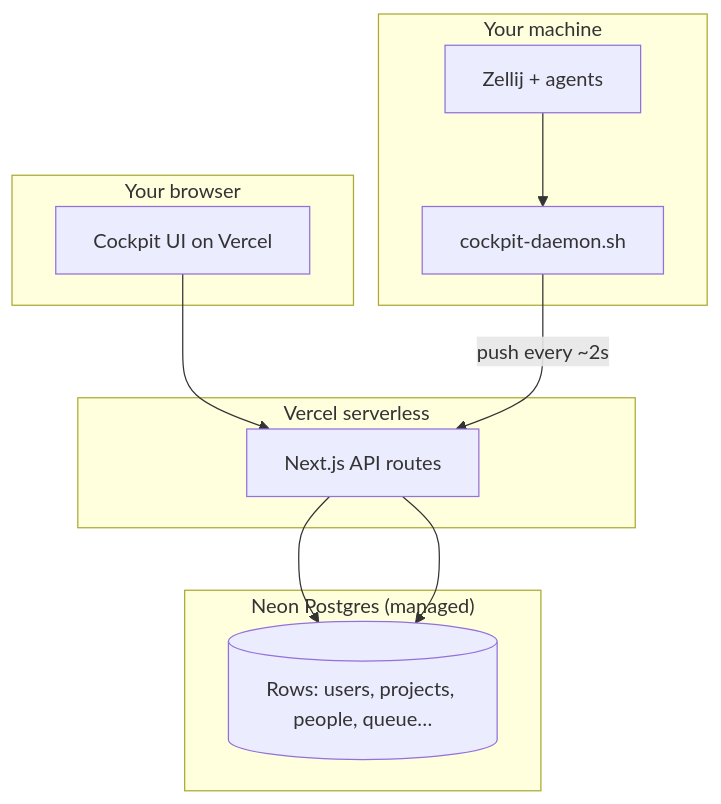
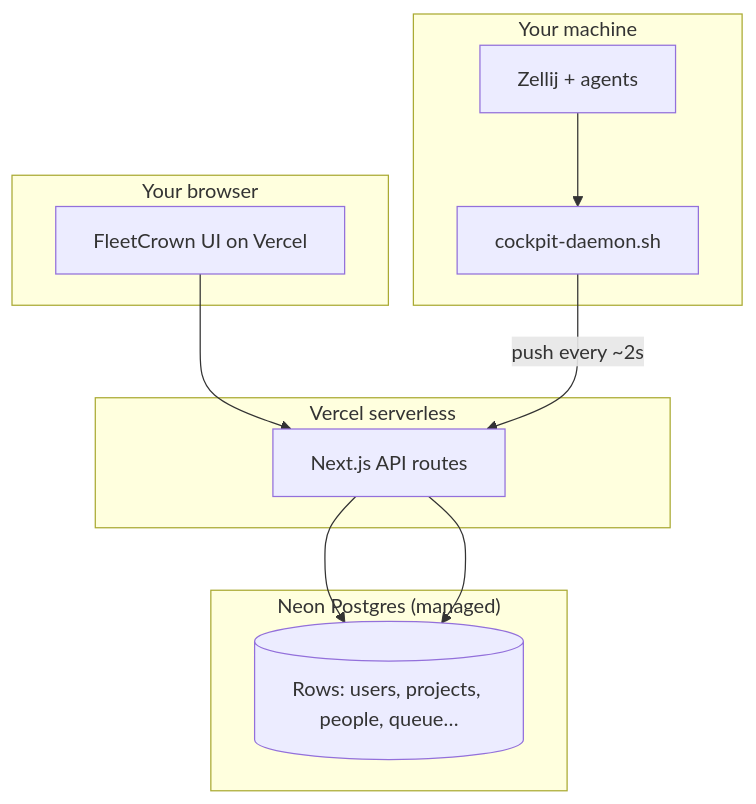
One commit to bitbaum/fleetcrown changed the diagram in content/thoughts/the-database-kill-switch-neon-oracle-and-the-studio-stack.md. Above: the diagram before and after it, drawn with Mermaid. The commit also changed other lines of this file and 37 other files, not shown here.

First line of the commit message:
docs(brand): finish Cockpit → FleetCrown rebrand sweep across docs/thoughts/legal/src

````diff
--- a/content/thoughts/the-database-kill-switch-neon-oracle-and-the-studio-stack.md
+++ b/content/thoughts/the-database-kill-switch-neon-oracle-and-the-studio-stack.md
@@ -34,25 +34,25 @@
 ```mermaid
 flowchart TB
     subgraph browser["Your browser"]
-        UI[Cockpit UI on Vercel]
+        UI[FleetCrown UI on Vercel]
     end
 
     subgraph vercel["Vercel serverless"]
         API[Next.js API routes]
     end
 
     subgraph neon["Neon Postgres (managed)"]
         DB[(Rows: users, projects, people, queue…)]
     end
 
     subgraph laptop["Your machine"]
         Daemon[cockpit-daemon.sh]
         Zellij[Zellij + agents]
     end
 
     UI --> API
     API --> DB
     Daemon -->|push every ~2s| API
     API --> DB
     Zellij --> Daemon
 ```
````
